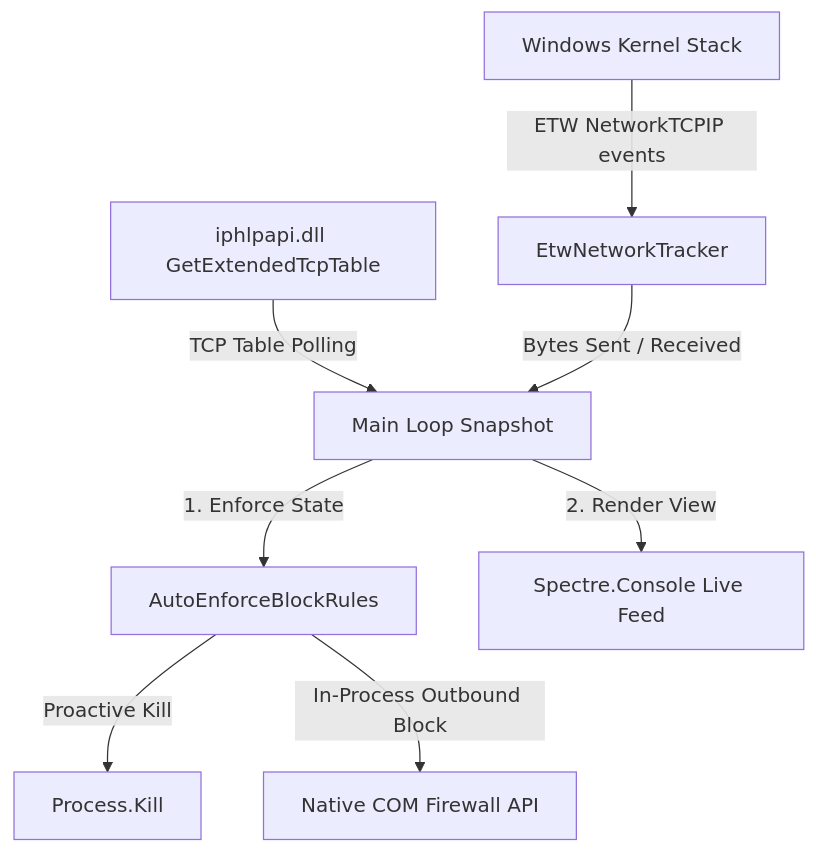
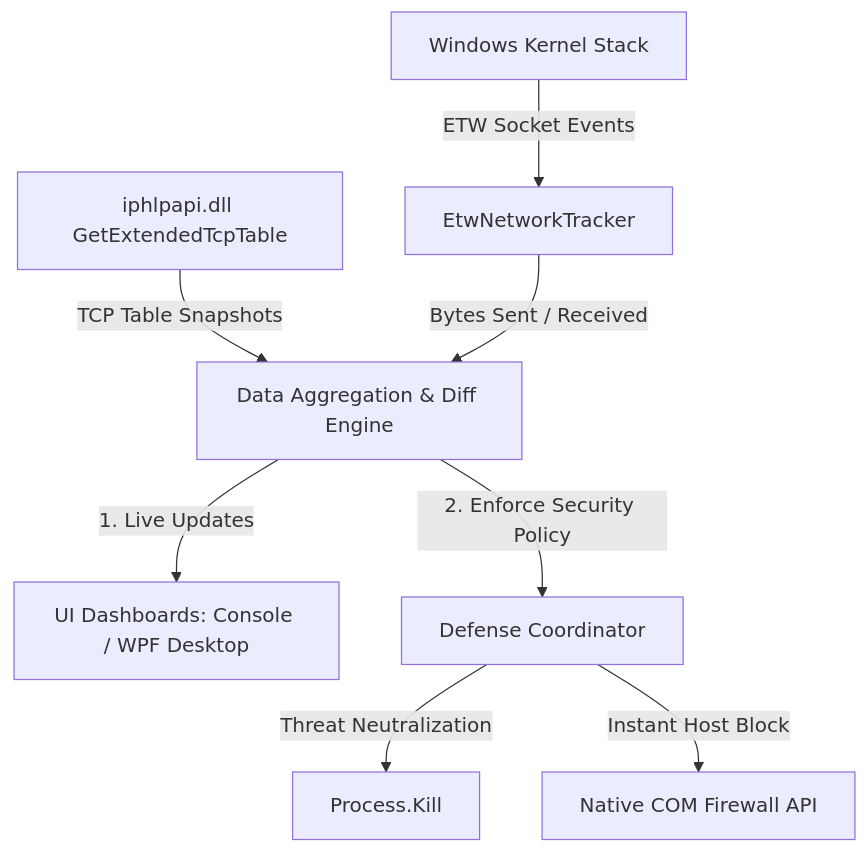
The diagram in README.md (dparksports/myfirewall), drawn with Mermaid before and after one commit. The commit also changed other lines of this file and 19 other files, not shown here.

Commit message:
release: v3.0.0 (Enterprise GUI, Performance Overhaul, direct COM Firewall, and updated docs)

````diff
--- a/README.md
+++ b/README.md
@@ -28,10 +38,10 @@
 ```mermaid
 graph TD
-    A[Windows Kernel Stack] -->|ETW NetworkTCPIP events| B[EtwNetworkTracker]
-    C[iphlpapi.dll GetExtendedTcpTable] -->|TCP Table Polling| D[Main Loop Snapshot]
+    A[Windows Kernel Stack] -->|ETW Socket Events| B[EtwNetworkTracker]
+    C[iphlpapi.dll GetExtendedTcpTable] -->|TCP Table Snapshots| D[Data Aggregation & Diff Engine]
     B -->|Bytes Sent / Received| D
-    D -->|1. Enforce State| E[AutoEnforceBlockRules]
-    D -->|2. Render View| F[Spectre.Console Live Feed]
-    E -->|Proactive Kill| G[Process.Kill]
-    E -->|In-Process Outbound Block| H[Native COM Firewall API]
+    D -->|1. Live Updates| F[UI Dashboards: Console / WPF Desktop]
+    D -->|2. Enforce Security Policy| E[Defense Coordinator]
+    E -->|Threat Neutralization| G[Process.Kill]
+    E -->|Instant Host Block| H[Native COM Firewall API]
 ```
````
